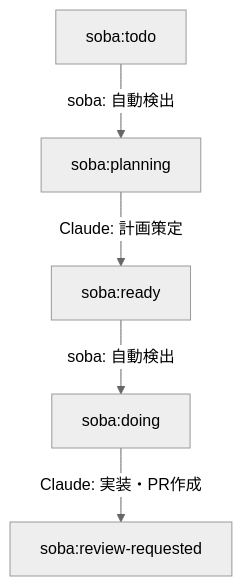
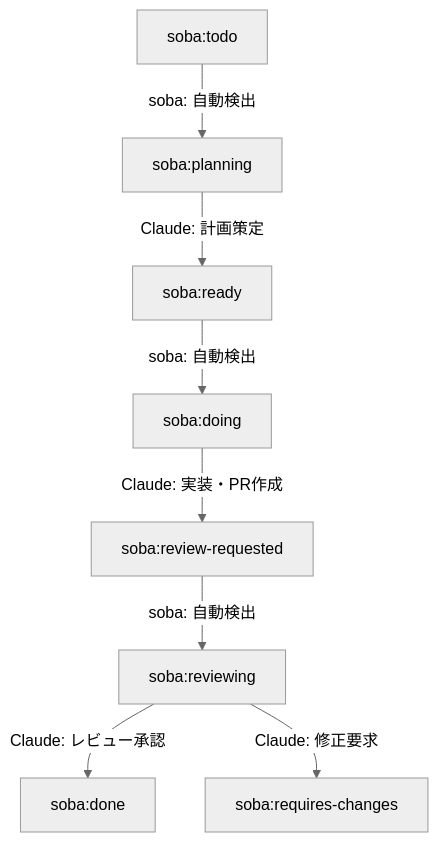
Before and after one commit to douhashi/soba-cli: the diagram in docs/business/workflow.md, drawn with Mermaid (neutral theme). The commit also changed other lines of this file and 1 other file, not shown here.

````diff
--- a/docs/business/workflow.md
+++ b/docs/business/workflow.md
@@ -9,7 +9,10 @@
 ```mermaid
 graph TD
     A[soba:todo] -->|soba: 自動検出| B[soba:planning]
     B -->|Claude: 計画策定| C[soba:ready]
     C -->|soba: 自動検出| D[soba:doing]
     D -->|Claude: 実装・PR作成| E[soba:review-requested]
+    E -->|soba: 自動検出| F[soba:reviewing]
+    F -->|Claude: レビュー承認| G[soba:done]
+    F -->|Claude: 修正要求| H[soba:requires-changes]
 ```
````
